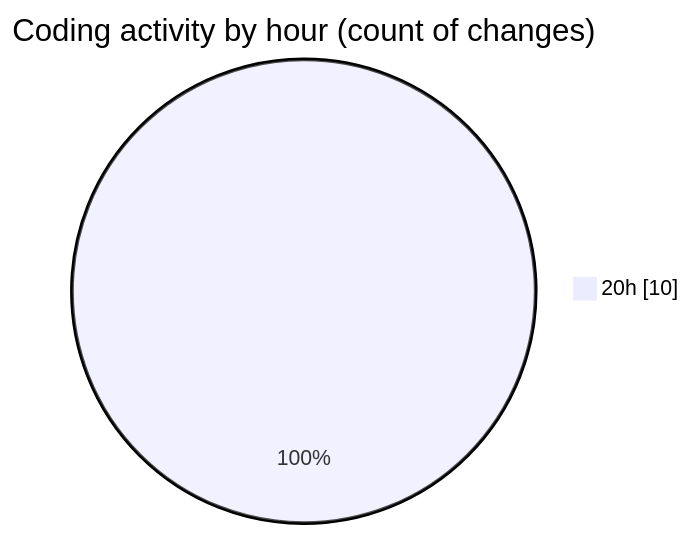
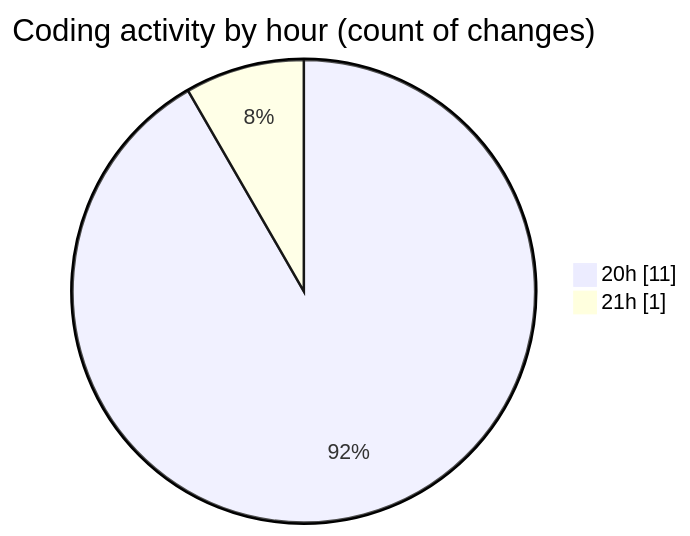
The second of 2 diagrams in 2025-04-10/test/README.md (idhammustaqopulfikri/code-tracking), drawn with Mermaid before and after one commit. The commit also changed other lines of this file and 1 other file, not shown here.

````diff
--- a/2025-04-10/test/README.md
+++ b/2025-04-10/test/README.md
@@ -35,5 +36,6 @@
 ```mermaid
 pie showData
 title Coding activity by hour (count of changes)
-"20h" : 10
+"20h" : 11
+"21h" : 1
 ```
````
